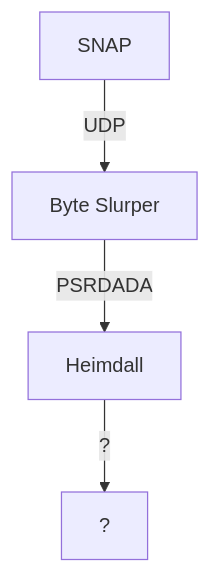
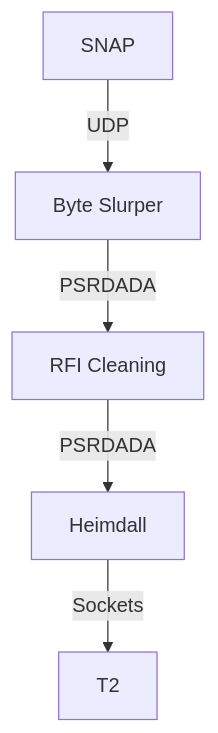
Before and after one commit to courtneyjkeeler/grex-telescope.github.io: the diagram in docs/software/overview.md, drawn with Mermaid. The commit also changed other lines of this file and 6 other files, not shown here.

````diff
--- a/docs/software/overview.md
+++ b/docs/software/overview.md
@@ -18,6 +14,7 @@
 ```mermaid
 flowchart TD
     A[SNAP] -->|UDP| B[Byte Slurper]
-    B -->|PSRDADA| C[Heimdall]
-    C -->|"?"| D["?"]
+    B -->|PSRDADA| C[RFI Cleaning]
+    C -->|PSRDADA| D[Heimdall]
+    D -->|Sockets| E[T2]
 ```
````
